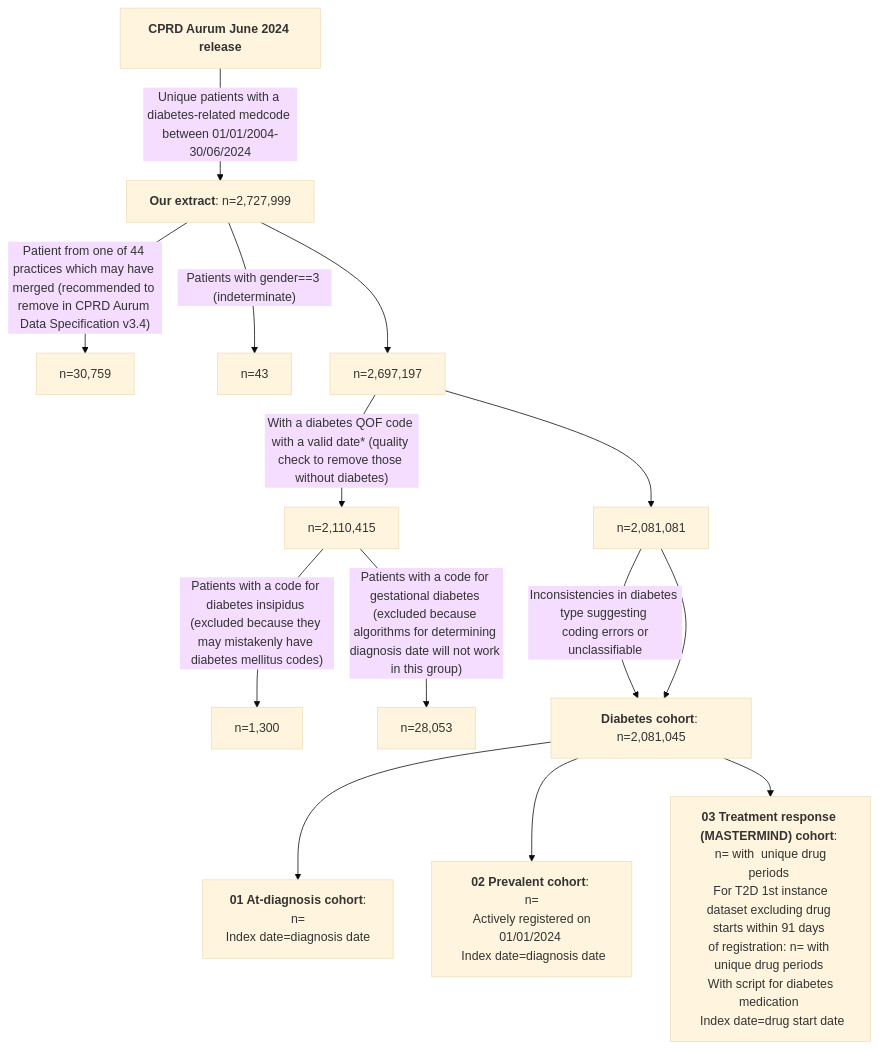
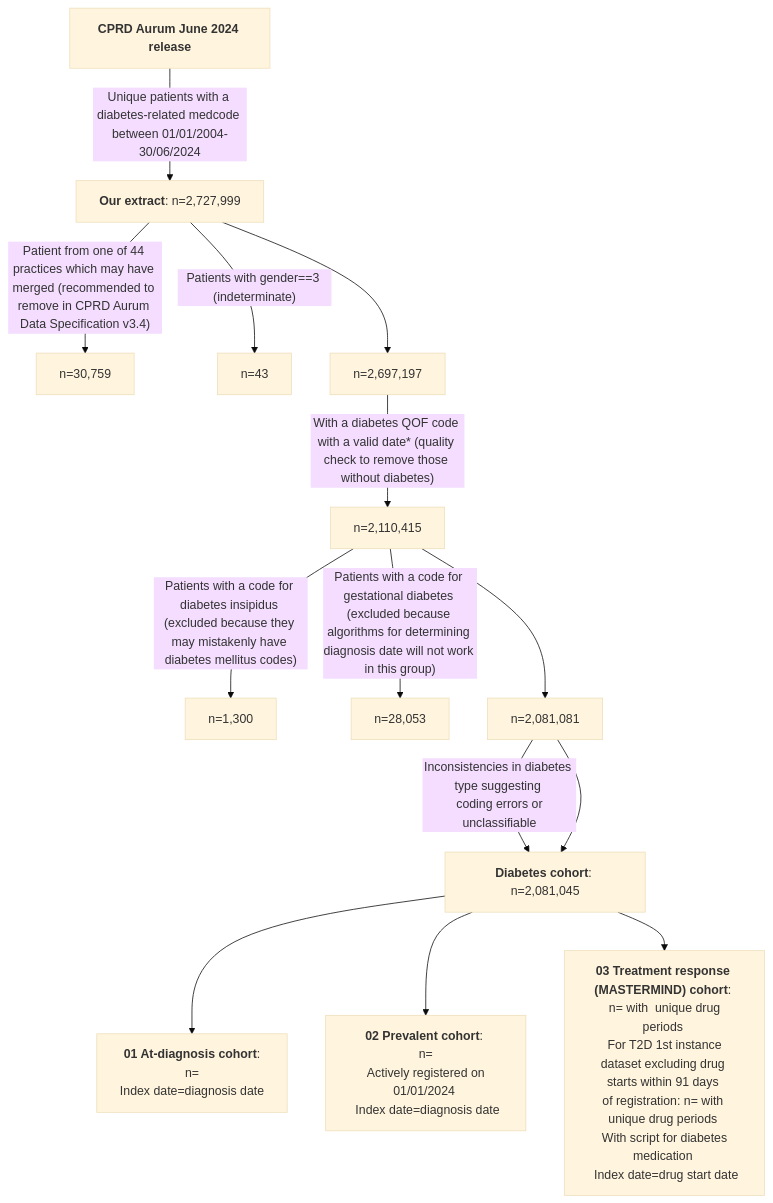
The first of 2 diagrams in README.md (Exeter-Diabetes/CPRD-Cohort-scripts), drawn with Mermaid (base theme) before and after one commit.

````diff
--- a/README.md
+++ b/README.md
@@ -12,16 +12,16 @@
 ```mermaid
 graph TD;
     A["<b>CPRD Aurum June 2024 release</b>"] --> |"Unique patients with a diabetes-related medcode between 01/01/2004-30/06/2024"| B["<b>Our extract</b>: n=2,727,999"]
     B -->|"Patient from one of 44 practices which may have merged (recommended to remove in CPRD Aurum Data Specification v3.4)"|C["n=30,759"]
     B -->|"Patients with gender==3 (indeterminate)"|D["n=43"]
     B --> E["n=2,697,197"]
     E -->|"With a diabetes QOF code with a valid date* (quality check to remove those without diabetes)"|F["n=2,110,415"]
     F -->|"Patients with a code for diabetes insipidus (excluded because they may mistakenly have diabetes mellitus codes)"|G["n=1,300"]
     F -->|"Patients with a code for gestational diabetes (excluded because algorithms for determining diagnosis date will not work in this group)"|H["n=28,053"]
-    E --> I["n=2,081,081"]
+    F --> I["n=2,081,081"]
     I --> |"Inconsistencies in diabetes type suggesting <br> coding errors or unclassifiable"|K["n=36"]
     I --> K["<b>Diabetes cohort</b>: n=2,081,045"]
     K --> L["<b>01 At-diagnosis cohort</b>: <br> n= <br> Index date=diagnosis date"]
     K --> M["<b>02 Prevalent cohort</b>: <br> n= <br> Actively registered on 01/01/2024 <br> Index date=diagnosis date"]
     K --> N["<b>03 Treatment response (MASTERMIND) cohort</b>: <br> n= with  unique drug periods <br> For T2D 1st instance dataset excluding drug starts within 91 days <br> of registration: n= with  unique drug periods <br> With script for diabetes medication <br> Index date=drug start date"]
 ```
````
